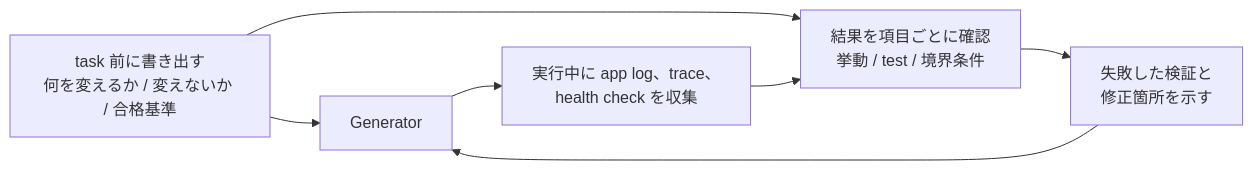
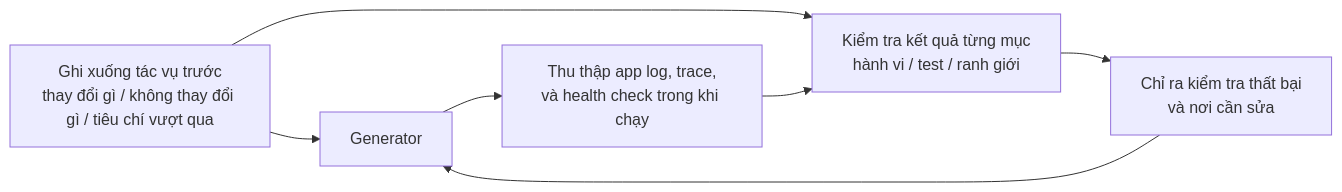
The diagram in docs/vi/lectures/lecture-11-why-observability-belongs-inside-the-harness/index.md (mkusaka/learn-harness-engineering), drawn with Mermaid before and after one commit. The commit also changed other lines of this file and 684 other files, not shown here.

````diff
--- a/docs/vi/lectures/lecture-11-why-observability-belongs-inside-the-harness/index.md
+++ b/docs/vi/lectures/lecture-11-why-observability-belongs-inside-the-harness/index.md
@@ -25,9 +25,9 @@
 ```mermaid
 flowchart LR
-    Contract["task 前に書き出す<br/>何を変えるか / 変えないか / 合格基準"] --> Generator["Generator"]
-    Generator --> Signals["実行中に app log、trace、<br/>health check を収集"]
-    Contract --> Review["結果を項目ごとに確認<br/>挙動 / test / 境界条件"]
+    Contract["Ghi xuống tác vụ trước<br/>thay đổi gì / không thay đổi gì / tiêu chí vượt qua"] --> Generator["Generator"]
+    Generator --> Signals["Thu thập app log, trace,<br/>và health check trong khi chạy"]
+    Contract --> Review["Kiểm tra kết quả từng mục<br/>hành vi / test / ranh giới"]
     Signals --> Review
-    Review --> Verdict["失敗した検証と<br/>修正箇所を示す"]
+    Review --> Verdict["Chỉ ra kiểm tra thất bại<br/>và nơi cần sửa"]
     Verdict --> Generator
 ```
````
